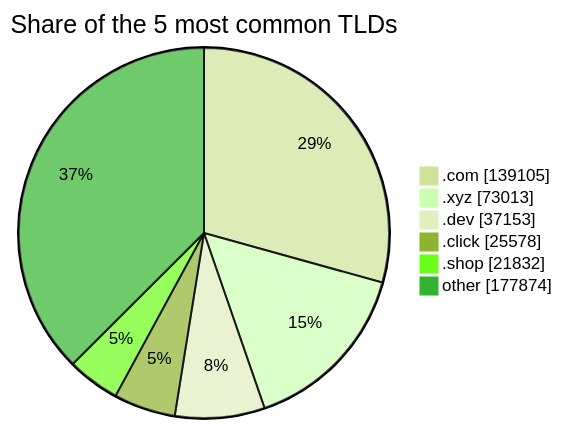
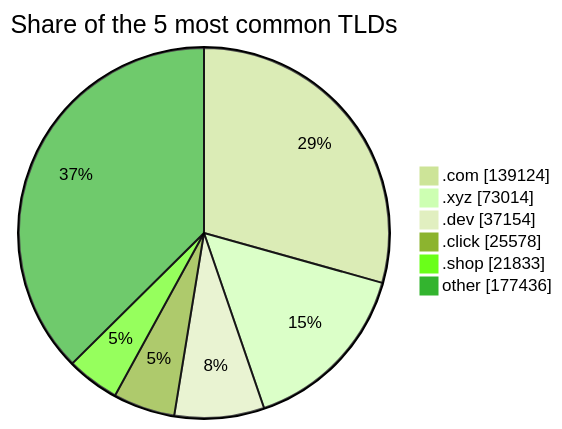
Before and after one commit to DNSBunker/CTI: the third of 3 diagrams in README.md, drawn with Mermaid (forest theme). The commit also changed other lines of this file and 3 other files, not shown here.

````diff
--- a/README.md
+++ b/README.md
@@ -81,9 +81,9 @@
 ```mermaid
 pie showData title Share of the 5 most common TLDs
-    ".com" : 139105
-    ".xyz" : 73013
-    ".dev" : 37153
+    ".com" : 139124
+    ".xyz" : 73014
+    ".dev" : 37154
     ".click" : 25578
-    ".shop" : 21832
-    "other" : 177874
+    ".shop" : 21833
+    "other" : 177436
 ```
````
